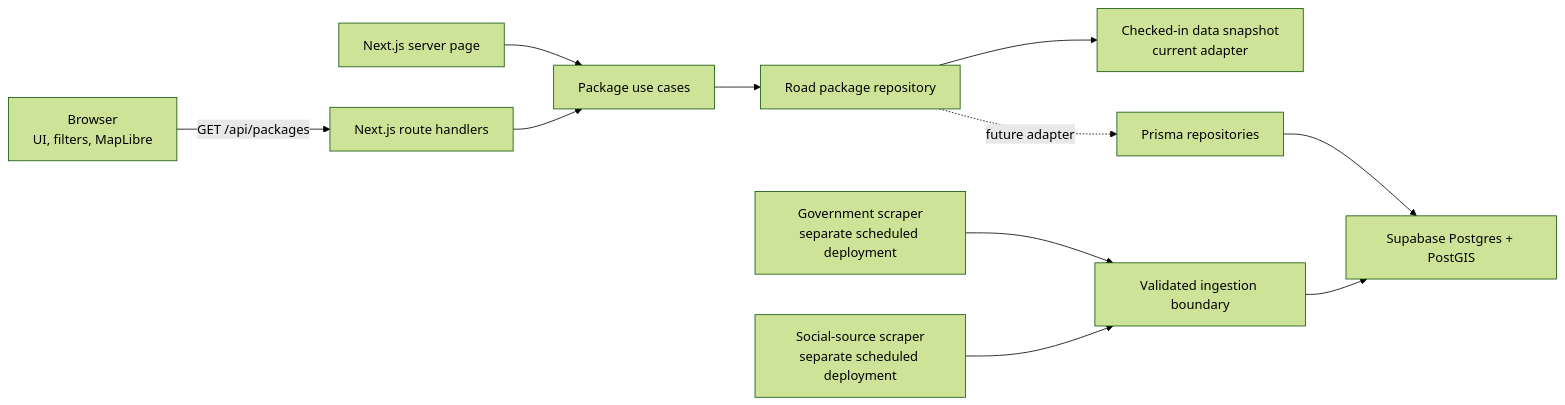
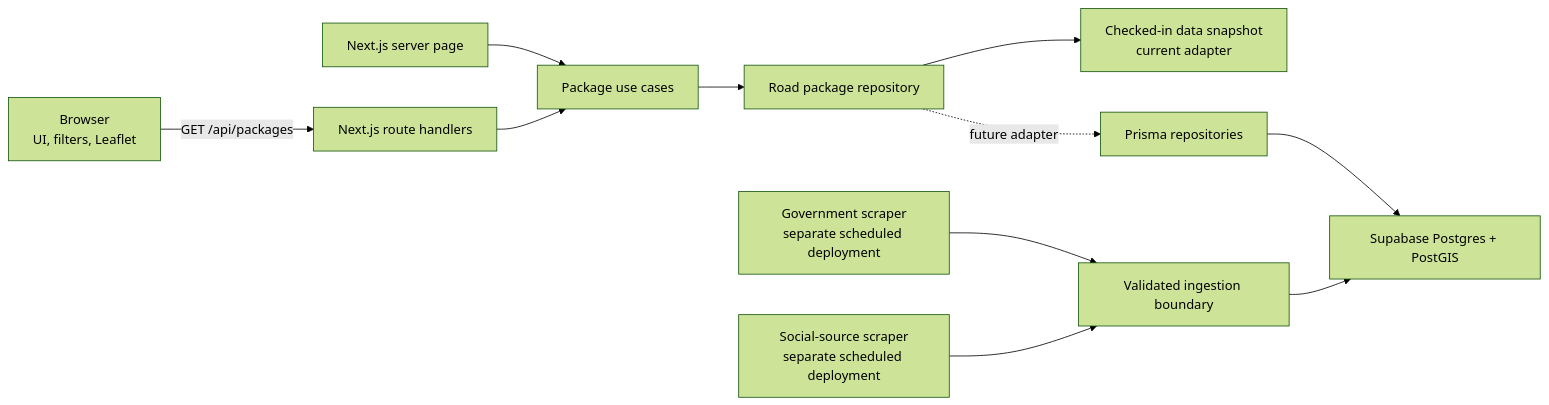
One commit to repyh/saksi changed the diagram in docs/ARCHITECTURE.md. Above: the diagram before and after it, drawn with Mermaid (forest theme). The commit also changed other lines of this file and 63 other files, not shown here.

````diff
--- a/docs/ARCHITECTURE.md
+++ b/docs/ARCHITECTURE.md
@@ -18,13 +18,13 @@
 ```mermaid
 flowchart LR
-  Browser["Browser<br/>UI, filters, MapLibre"] -->|"GET /api/packages"| Routes["Next.js route handlers"]
+  Browser["Browser<br/>UI, filters, Leaflet"] -->|"GET /api/packages"| Routes["Next.js route handlers"]
   Page["Next.js server page"] --> UseCases["Package use cases"]
   Routes --> UseCases
   UseCases --> Repository["Road package repository"]
   Repository --> Snapshot["Checked-in data snapshot<br/>current adapter"]
   Repository -. "future adapter" .-> Prisma["Prisma repositories"]
   Prisma --> Postgres["Supabase Postgres + PostGIS"]
   GovWorker["Government scraper<br/>separate scheduled deployment"] --> Ingest["Validated ingestion boundary"]
   SocialWorker["Social-source scraper<br/>separate scheduled deployment"] --> Ingest
   Ingest --> Postgres
 ```
````
